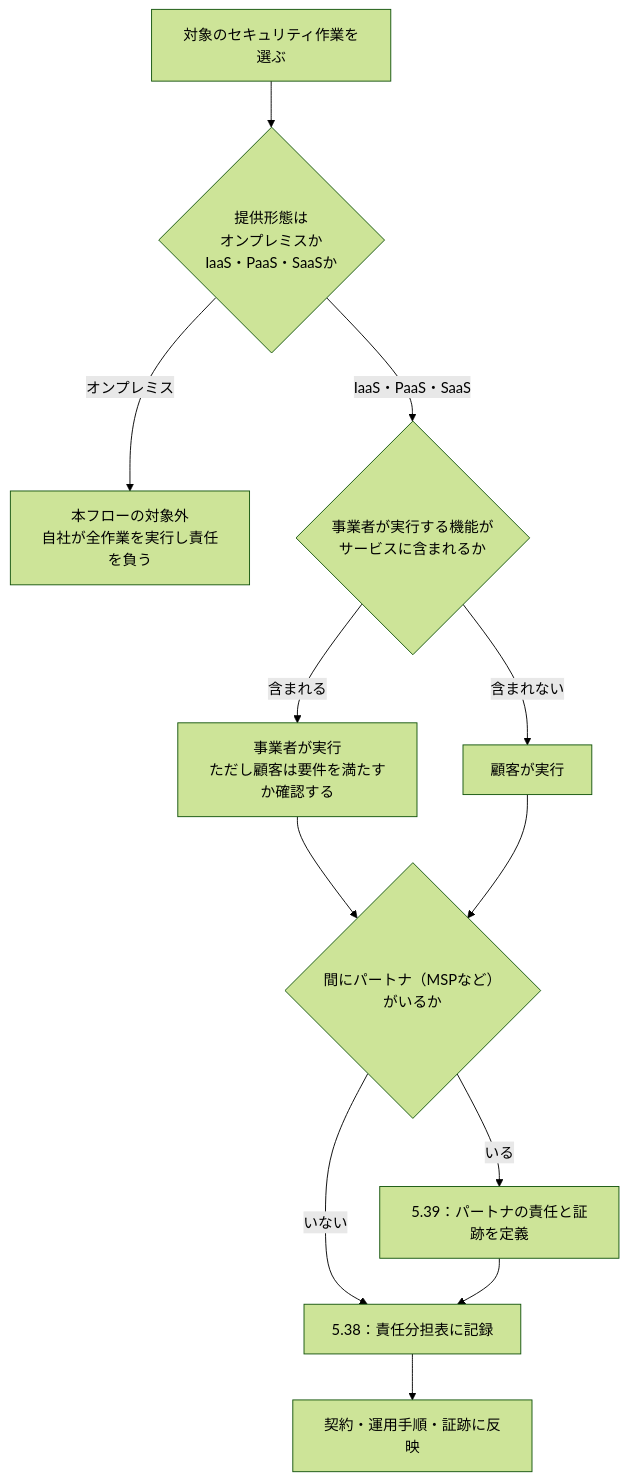
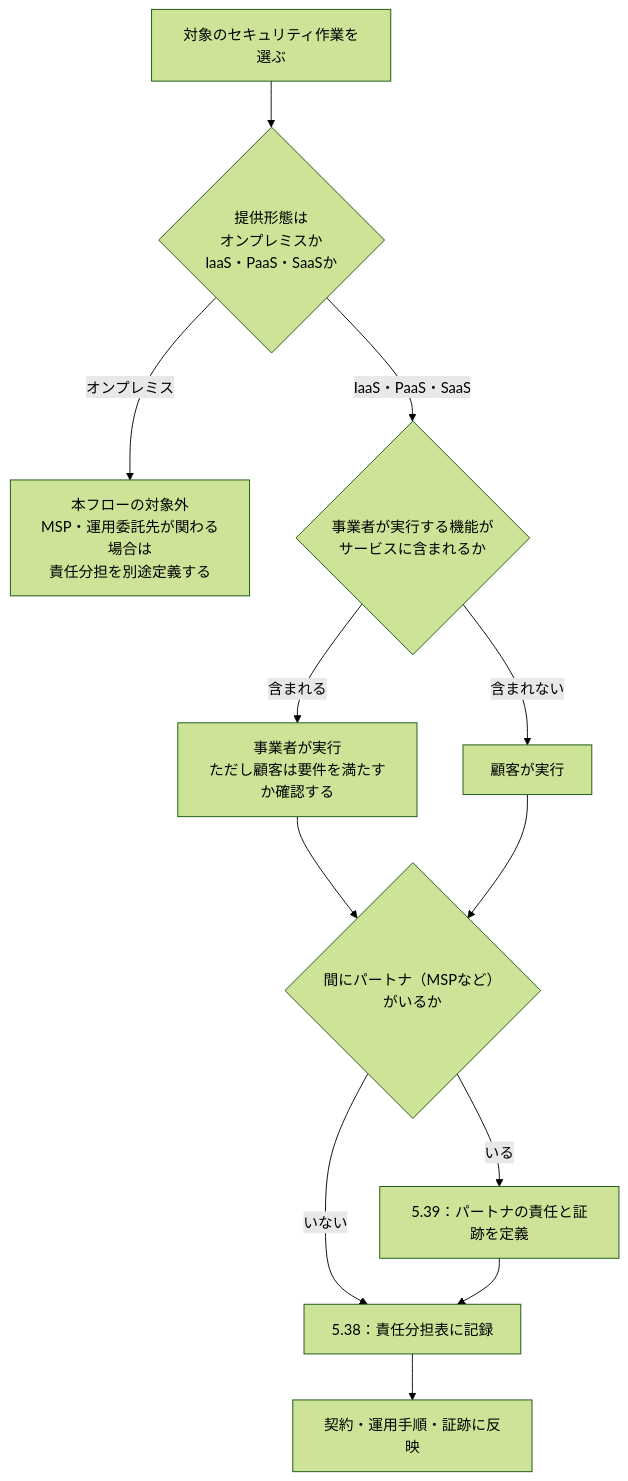
One commit to myoshi2891/Security_Studies changed the seventh of 10 diagrams in Iso-27017-2026-guide.md. Above: the diagram before and after it, drawn with Mermaid (forest theme).

Commit message:
docs(iso27017): clarify on-premises responsibility note in flowchart

````diff
--- a/Iso-27017-2026-guide.md
+++ b/Iso-27017-2026-guide.md
@@ -408,14 +408,14 @@
 ```mermaid
 flowchart TD
     A["対象のセキュリティ作業を選ぶ"] --> B{"提供形態は<br/>オンプレミスか<br/>IaaS・PaaS・SaaSか"}
-    B -- "オンプレミス" --> O["本フローの対象外<br/>自社が全作業を実行し責任を負う"]
+    B -- "オンプレミス" --> O["本フローの対象外<br/>MSP・運用委託先が関わる場合は<br/>責任分担を別途定義する"]
     B -- "IaaS・PaaS・SaaS" --> C{"事業者が実行する機能が<br/>サービスに含まれるか"}
     C -- "含まれる" --> D["事業者が実行<br/>ただし顧客は要件を満たすか確認する"]
     C -- "含まれない" --> E["顧客が実行"]
     D --> F{"間にパートナ（MSPなど）がいるか"}
     E --> F
     F -- "いる" --> G["5.39：パートナの責任と証跡を定義"]
     F -- "いない" --> H["5.38：責任分担表に記録"]
     G --> H
     H --> I["契約・運用手順・証跡に反映"]
 ```
````
